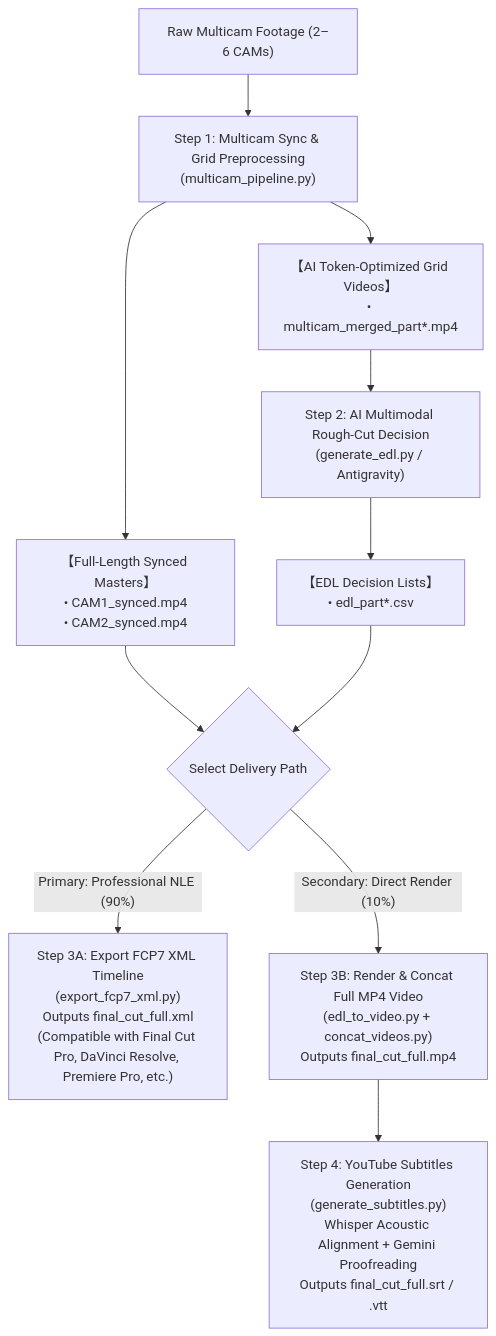
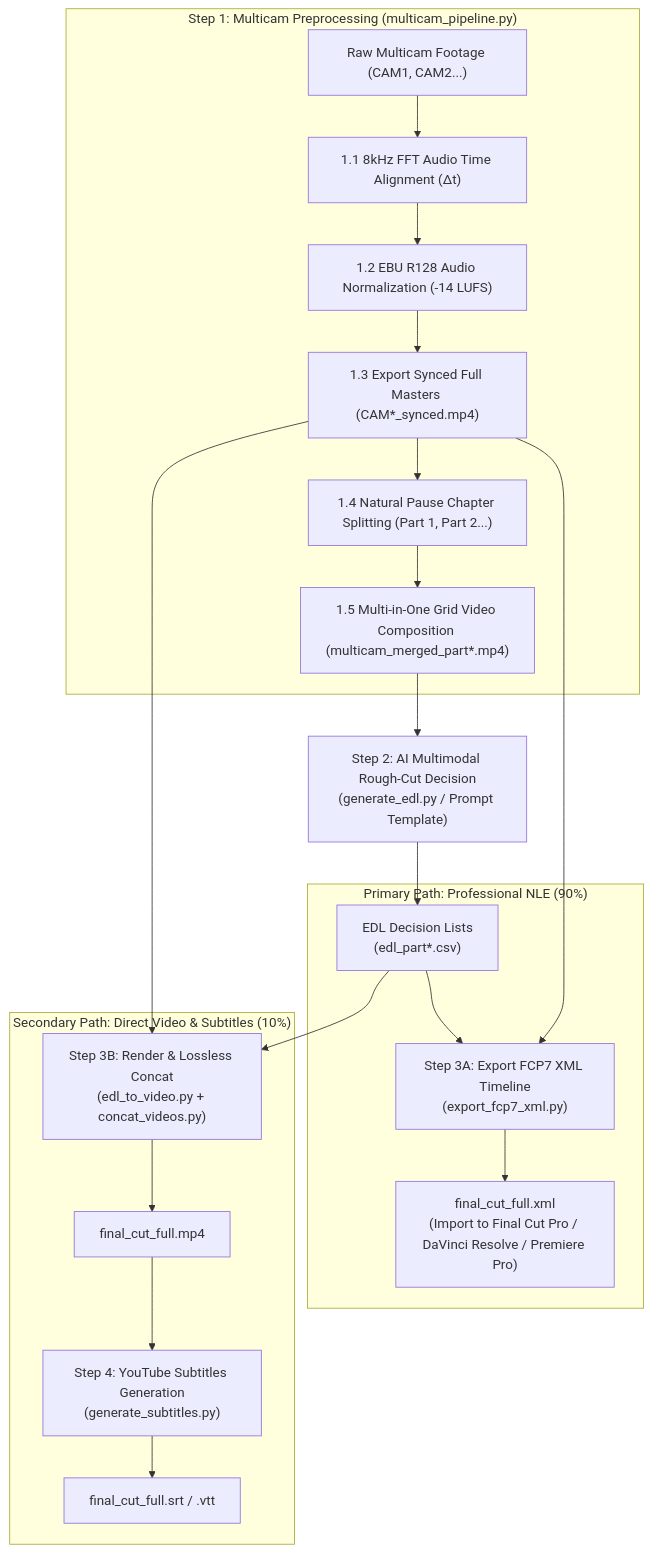
The diagram in README.md (sylphlin/multicam-video-preprocessing), drawn with Mermaid before and after one commit. The commit also changed 4 other files, not shown here.

Commit message:
docs: redesign clean relationship-focused Mermaid flowcharts with sub-steps 1.1-1.5 across all 5 READMEs

````diff
--- a/README.md
+++ b/README.md
@@ -53,18 +53,27 @@
 ```mermaid
 flowchart TD
-    A["Raw Multicam Footage (2–6 CAMs)"] --> B["Step 1: Multicam Sync & Grid Preprocessing<br/>(multicam_pipeline.py)"]
-    
-    B --> C["【Full-Length Synced Masters】<br/>• CAM1_synced.mp4<br/>• CAM2_synced.mp4"]
-    B --> D["【AI Token-Optimized Grid Videos】<br/>• multicam_merged_part*.mp4"]
-    
-    D --> E["Step 2: AI Multimodal Rough-Cut Decision<br/>(generate_edl.py / Antigravity)"]
-    E --> F["【EDL Decision Lists】<br/>• edl_part*.csv"]
-    
-    C --> G{"Select Delivery Path"}
-    F --> G
-    
-    G -->|"Primary: Professional NLE (90%)"| H["Step 3A: Export FCP7 XML Timeline<br/>(export_fcp7_xml.py)<br/>Outputs final_cut_full.xml<br/>(Compatible with Final Cut Pro, DaVinci Resolve, Premiere Pro, etc.)"]
-    G -->|"Secondary: Direct Render (10%)"| I["Step 3B: Render & Concat Full MP4 Video<br/>(edl_to_video.py + concat_videos.py)<br/>Outputs final_cut_full.mp4"]
-    
-    I --> J["Step 4: YouTube Subtitles Generation<br/>(generate_subtitles.py)<br/>Whisper Acoustic Alignment + Gemini Proofreading<br/>Outputs final_cut_full.srt / .vtt"]
+    subgraph S1["Step 1: Multicam Preprocessing (multicam_pipeline.py)"]
+        A["Raw Multicam Footage (CAM1, CAM2...)"] --> S1_1["1.1 8kHz FFT Audio Time Alignment (Δt)"]
+        S1_1 --> S1_2["1.2 EBU R128 Audio Normalization (-14 LUFS)"]
+        S1_2 --> S1_3["1.3 Export Synced Full Masters (CAM*_synced.mp4)"]
+        S1_3 --> S1_4["1.4 Natural Pause Chapter Splitting (Part 1, Part 2...)"]
+        S1_4 --> S1_5["1.5 Multi-in-One Grid Video Composition (multicam_merged_part*.mp4)"]
+    end
+
+    S1_5 --> S2["Step 2: AI Multimodal Rough-Cut Decision<br/>(generate_edl.py / Prompt Template)"]
+    S2 --> EDL["EDL Decision Lists<br/>(edl_part*.csv)"]
+
+    subgraph S3A["Primary Path: Professional NLE (90%)"]
+        S1_3 --> S3A_ACT["Step 3A: Export FCP7 XML Timeline<br/>(export_fcp7_xml.py)"]
+        EDL --> S3A_ACT
+        S3A_ACT --> XML["final_cut_full.xml<br/>(Import to Final Cut Pro / DaVinci Resolve / Premiere Pro)"]
+    end
+
+    subgraph S3B["Secondary Path: Direct Video & Subtitles (10%)"]
+        S1_3 --> S3B_ACT["Step 3B: Render & Lossless Concat<br/>(edl_to_video.py + concat_videos.py)"]
+        EDL --> S3B_ACT
+        S3B_ACT --> MP4["final_cut_full.mp4"]
+        MP4 --> S4["Step 4: YouTube Subtitles Generation<br/>(generate_subtitles.py)"]
+        S4 --> SRT["final_cut_full.srt / .vtt"]
+    end
 ```
````
